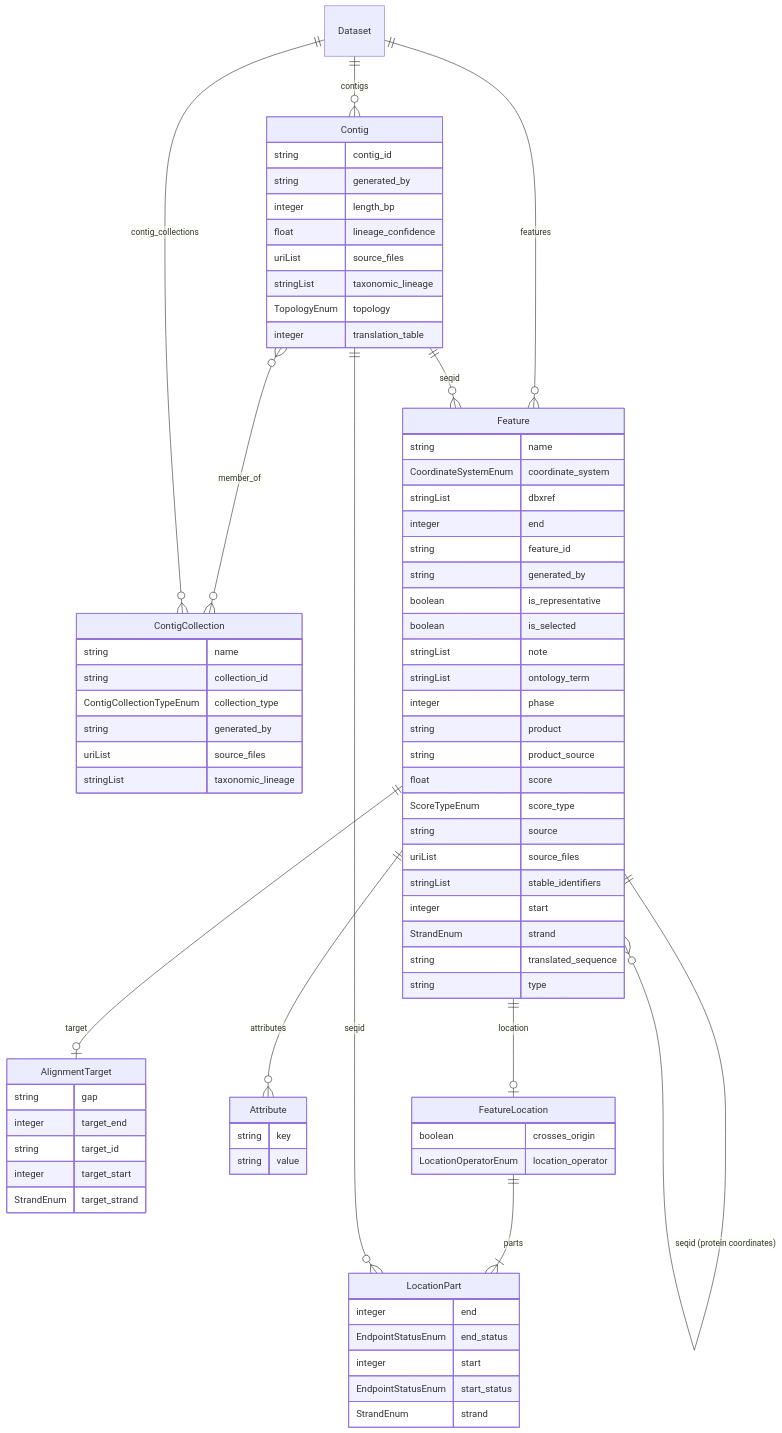
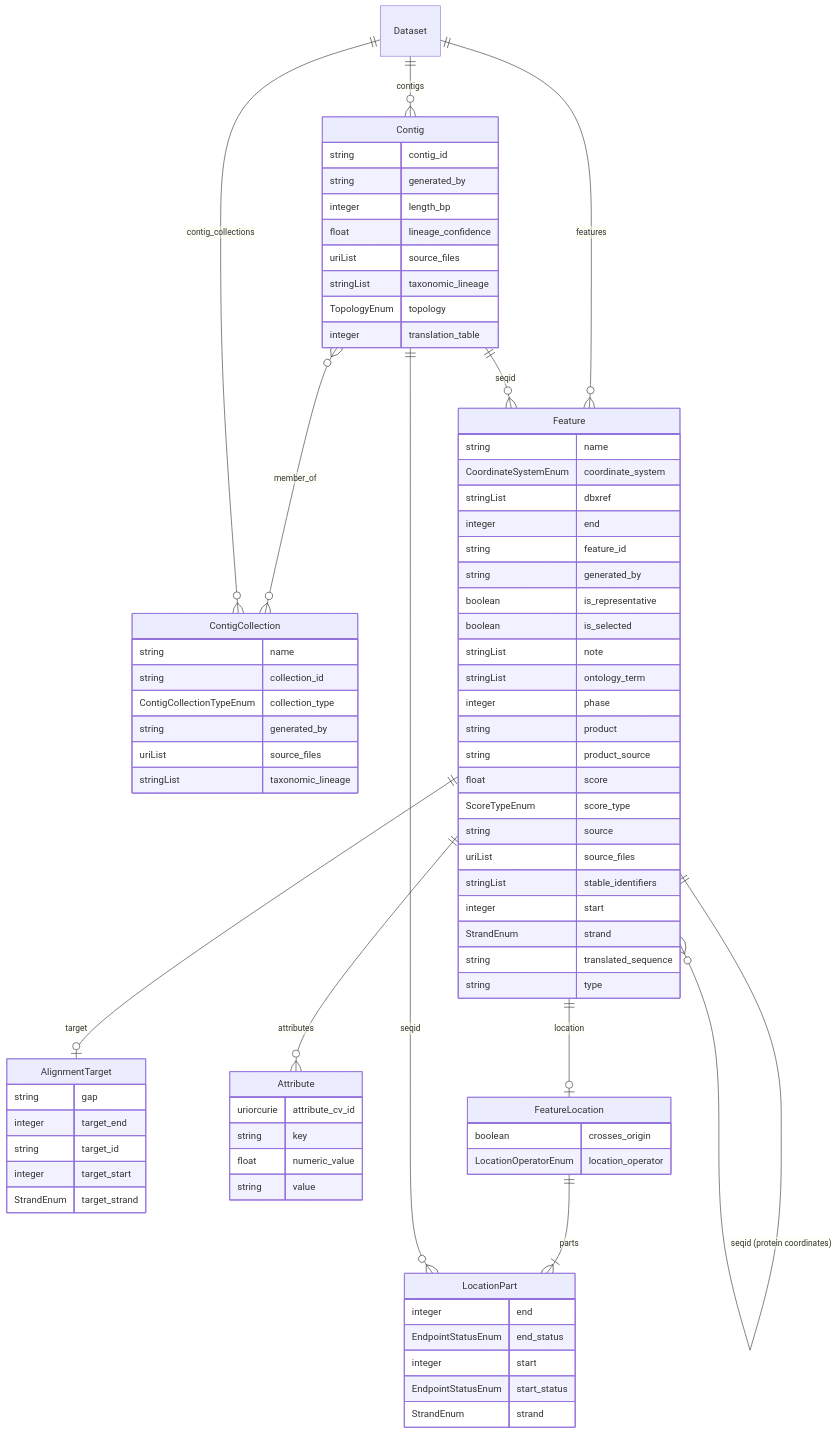
One commit to turbomam/feature-table-corpus changed the diagram in docs/schema-diagram.md. Above: the diagram before and after it, drawn with Mermaid. The commit also changed 7 other files, not shown here.

First line of the commit message:
Add attribute_cv_id and numeric_value to Attribute

```diff
--- a/docs/schema-diagram.md
+++ b/docs/schema-diagram.md
@@ -16,7 +16,9 @@
     StrandEnum target_strand
 }
 Attribute {
+    uriorcurie attribute_cv_id
     string key
+    float numeric_value
     string value
 }
 Contig {
```
